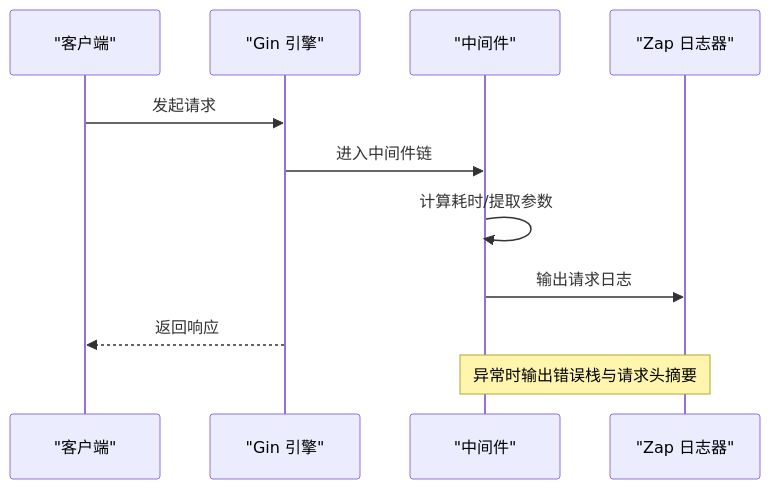
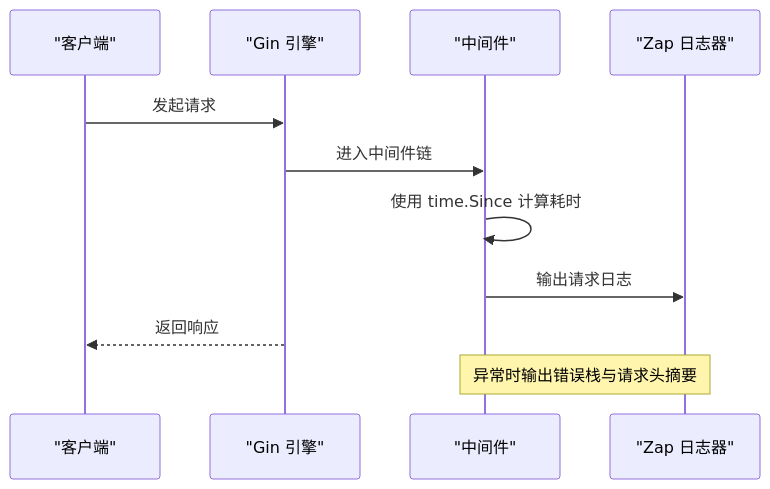
One commit to tdwu/fast_go changed the fifth of 7 diagrams in .lingma/repowiki/zh/content/日志系统.md. Above: the diagram before and after it, drawn with Mermaid. The commit also changed other lines of this file and 2 other files, not shown here.

````diff
--- a/.lingma/repowiki/zh/content/日志系统.md
+++ b/.lingma/repowiki/zh/content/日志系统.md
@@ -188,13 +190,13 @@
 ```mermaid
 sequenceDiagram
 participant Client as "客户端"
 participant Engine as "Gin 引擎"
 participant MW as "中间件"
 participant Log as "Zap 日志器"
 Client->>Engine : 发起请求
 Engine->>MW : 进入中间件链
-MW->>MW : 计算耗时/提取参数
+MW->>MW : 使用 time.Since 计算耗时
 MW->>Log : 输出请求日志
 Engine-->>Client : 返回响应
 Note over MW,Log : 异常时输出错误栈与请求头摘要
 ```
````
